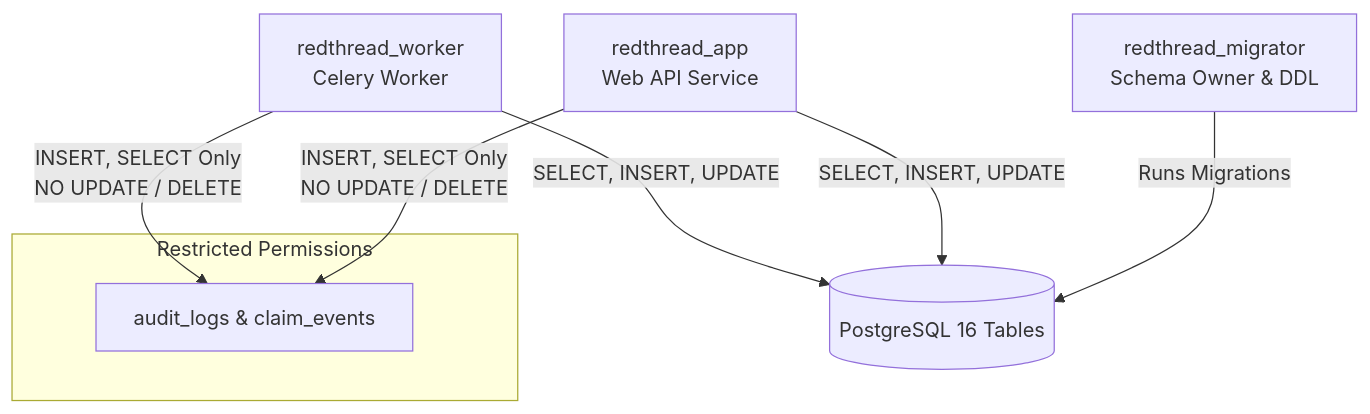
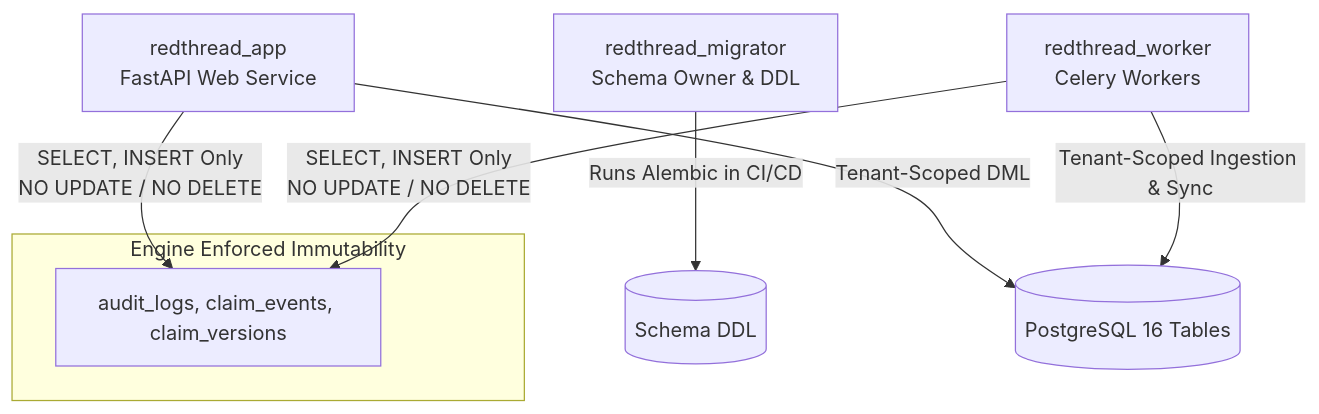
Before and after one commit to rushikeshbathe096/RedThread: the diagram in docs/database-security.md, drawn with Mermaid. The commit also changed other lines of this file and 22 other files, not shown here.

Commit message:
db schema

````diff
--- a/docs/database-security.md
+++ b/docs/database-security.md
@@ -14,13 +14,13 @@
 ```mermaid
 flowchart TD
-    AdminRole[redthread_migrator<br/>Schema Owner & DDL] -->|Runs Migrations| DB[(PostgreSQL 16 Tables)]
-    AppRole[redthread_app<br/>Web API Service] -->|SELECT, INSERT, UPDATE| DB
-    WorkerRole[redthread_worker<br/>Celery Worker] -->|SELECT, INSERT, UPDATE| DB
+    AdminRole[redthread_migrator<br/>Schema Owner & DDL] -->|Runs Alembic in CI/CD| Schema[(Schema DDL)]
+    AppRole[redthread_app<br/>FastAPI Web Service] -->|Tenant-Scoped DML| DB[(PostgreSQL 16 Tables)]
+    WorkerRole[redthread_worker<br/>Celery Workers] -->|Tenant-Scoped Ingestion & Sync| DB
     
-    subgraph Restricted Permissions
-        AuditTable[audit_logs & claim_events]
+    subgraph Engine Enforced Immutability
+        AuditTables[audit_logs, claim_events, claim_versions]
     end
     
-    AppRole -->|INSERT, SELECT Only<br/>NO UPDATE / DELETE| AuditTable
-    WorkerRole -->|INSERT, SELECT Only<br/>NO UPDATE / DELETE| AuditTable
+    AppRole -->|SELECT, INSERT Only<br/>NO UPDATE / NO DELETE| AuditTables
+    WorkerRole -->|SELECT, INSERT Only<br/>NO UPDATE / NO DELETE| AuditTables
 ```
````
